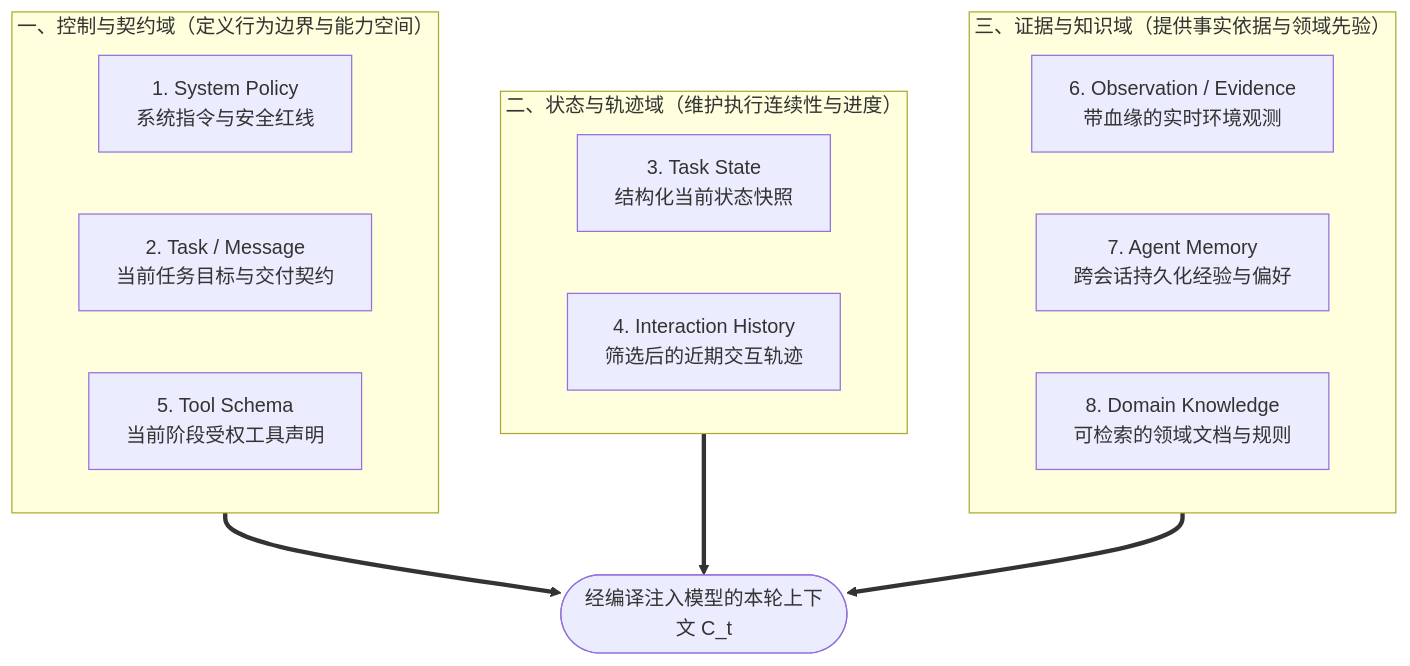
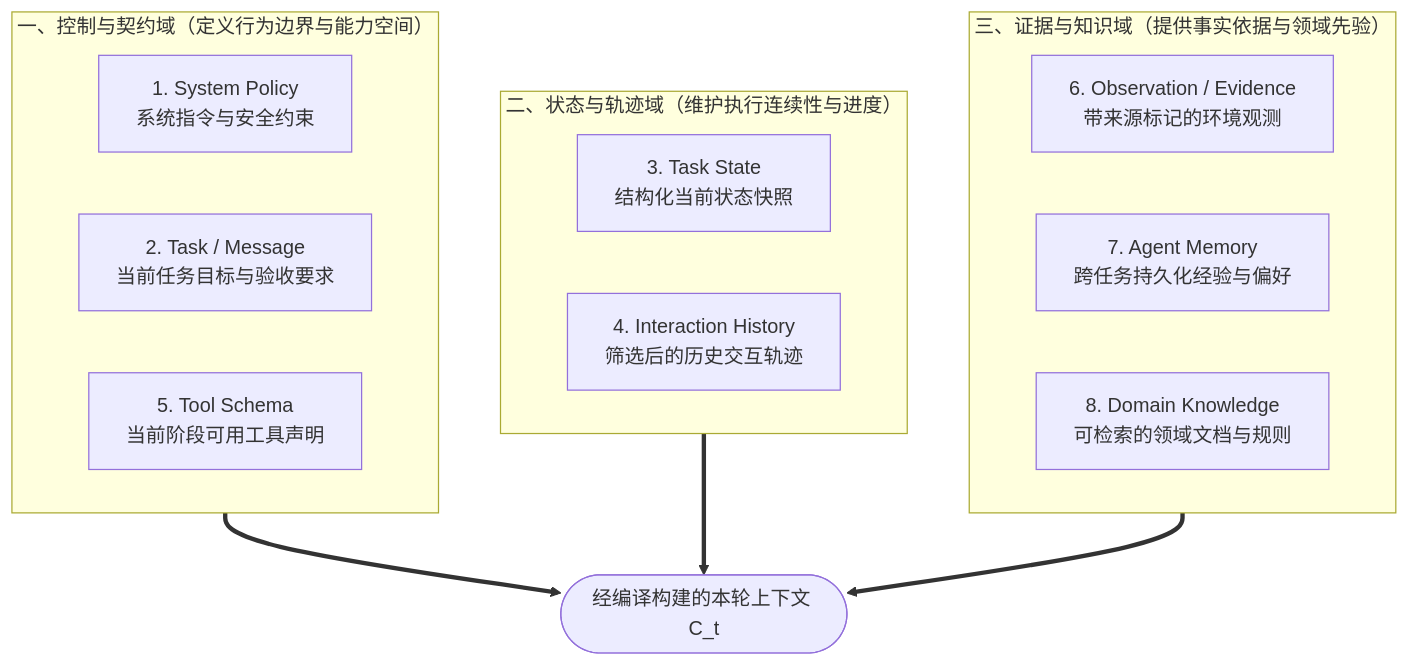
Before and after one commit to ideal-20/ai-agent-system-design: the first of 2 diagrams in docs/03-context-engineering.md, drawn with Mermaid. The commit also changed other lines of this file, not shown here.

````diff
--- a/docs/03-context-engineering.md
+++ b/docs/03-context-engineering.md
@@ -275,21 +285,21 @@
 ```mermaid
 flowchart TB
     subgraph ControlPlane ["一、控制与契约域（定义行为边界与能力空间）"]
-        P["1. System Policy<br/>系统指令与安全红线"]
-        T["2. Task / Message<br/>当前任务目标与交付契约"]
-        A["5. Tool Schema<br/>当前阶段受权工具声明"]
+        P["1. System Policy<br/>系统指令与安全约束"]
+        T["2. Task / Message<br/>当前任务目标与验收要求"]
+        A["5. Tool Schema<br/>当前阶段可用工具声明"]
     end
 
     subgraph StatePlane ["二、状态与轨迹域（维护执行连续性与进度）"]
         S["3. Task State<br/>结构化当前状态快照"]
-        H["4. Interaction History<br/>筛选后的近期交互轨迹"]
+        H["4. Interaction History<br/>筛选后的历史交互轨迹"]
     end
 
     subgraph EvidencePlane ["三、证据与知识域（提供事实依据与领域先验）"]
-        O["6. Observation / Evidence<br/>带血缘的实时环境观测"]
-        M["7. Agent Memory<br/>跨会话持久化经验与偏好"]
+        O["6. Observation / Evidence<br/>带来源标记的环境观测"]
+        M["7. Agent Memory<br/>跨任务持久化经验与偏好"]
         K["8. Domain Knowledge<br/>可检索的领域文档与规则"]
     end
 
-    ControlPlane & StatePlane & EvidencePlane ==> C(["经编译注入模型的本轮上下文 C_t"])
+    ControlPlane & StatePlane & EvidencePlane ==> C(["经编译构建的本轮上下文 C_t"])
 ```
````
